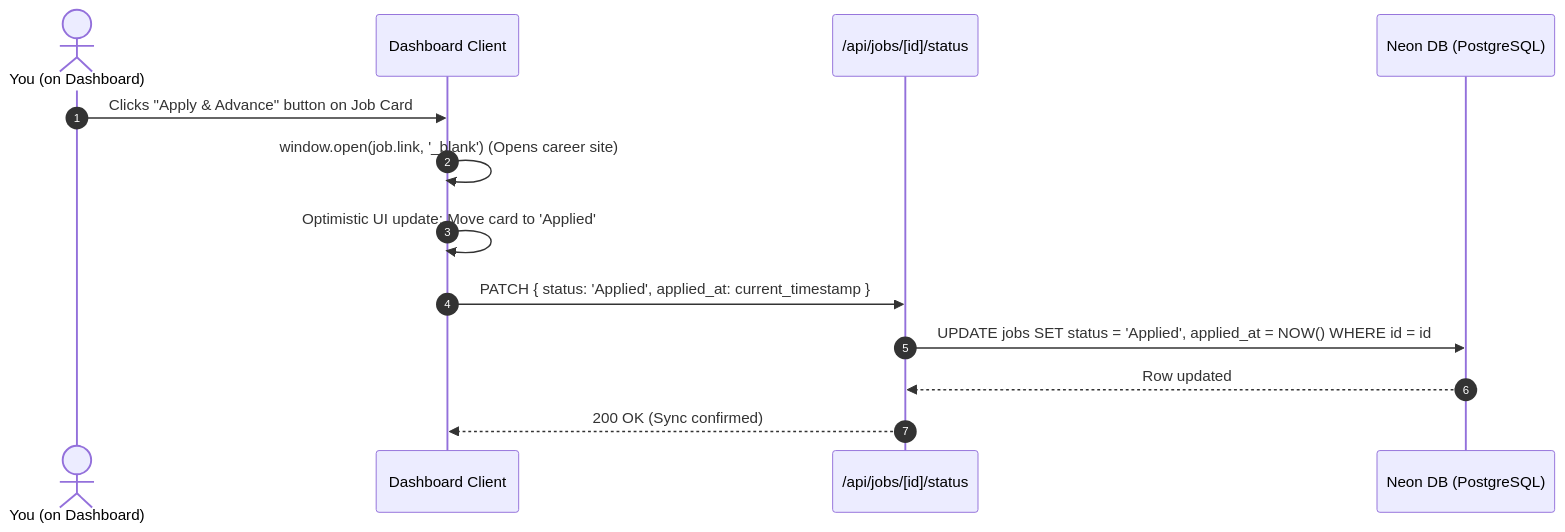
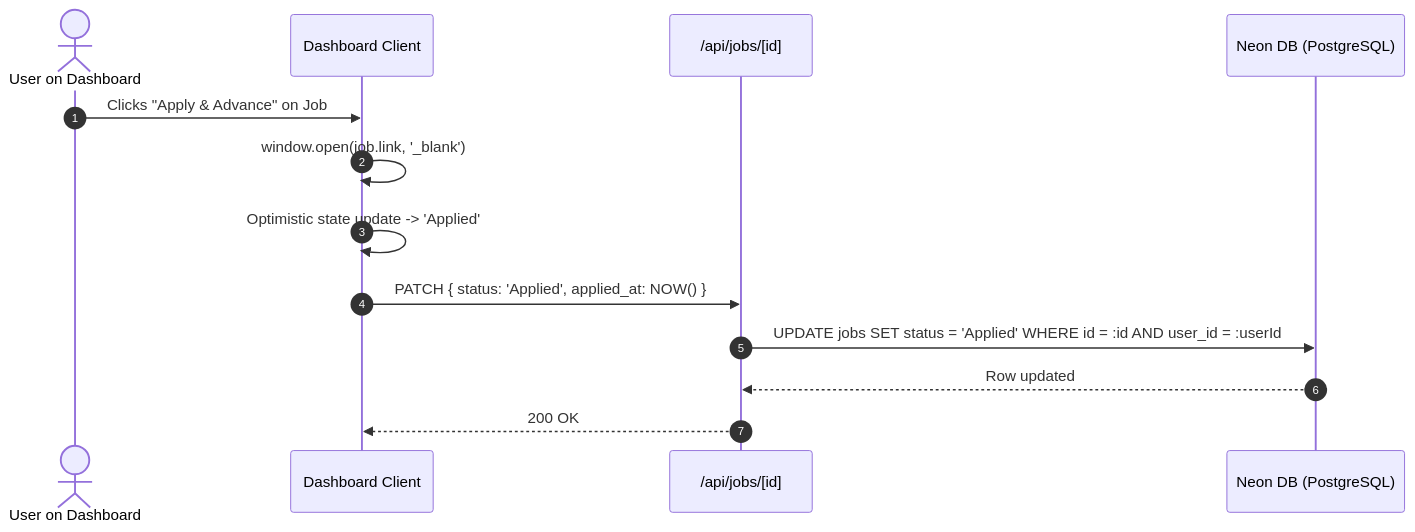
Before and after one commit to kunalkmaurya/job-radar: the third of 3 diagrams in docs/SYSTEM_DESIGN.md, drawn with Mermaid. The commit also changed other lines of this file and 5 other files, not shown here.

````diff
--- a/docs/SYSTEM_DESIGN.md
+++ b/docs/SYSTEM_DESIGN.md
@@ -284,16 +109,16 @@
 ```mermaid
 sequenceDiagram
     autonumber
-    actor User as You (on Dashboard)
+    actor User as User on Dashboard
     participant UI as Dashboard Client
-    participant API as /api/jobs/[id]/status
+    participant API as /api/jobs/[id]
     participant DB as Neon DB (PostgreSQL)
 
-    User->>UI: Clicks "Apply & Advance" button on Job Card
-    UI->>UI: window.open(job.link, '_blank') (Opens career site)
-    UI->>UI: Optimistic UI update: Move card to 'Applied'
-    UI->>API: PATCH { status: 'Applied', applied_at: current_timestamp }
-    API->>DB: UPDATE jobs SET status = 'Applied', applied_at = NOW() WHERE id = id
+    User->>UI: Clicks "Apply & Advance" on Job
+    UI->>UI: window.open(job.link, '_blank')
+    UI->>UI: Optimistic state update -> 'Applied'
+    UI->>API: PATCH { status: 'Applied', applied_at: NOW() }
+    API->>DB: UPDATE jobs SET status = 'Applied' WHERE id = :id AND user_id = :userId
     DB-->>API: Row updated
-    API-->>UI: 200 OK (Sync confirmed)
+    API-->>UI: 200 OK
 ```
````
